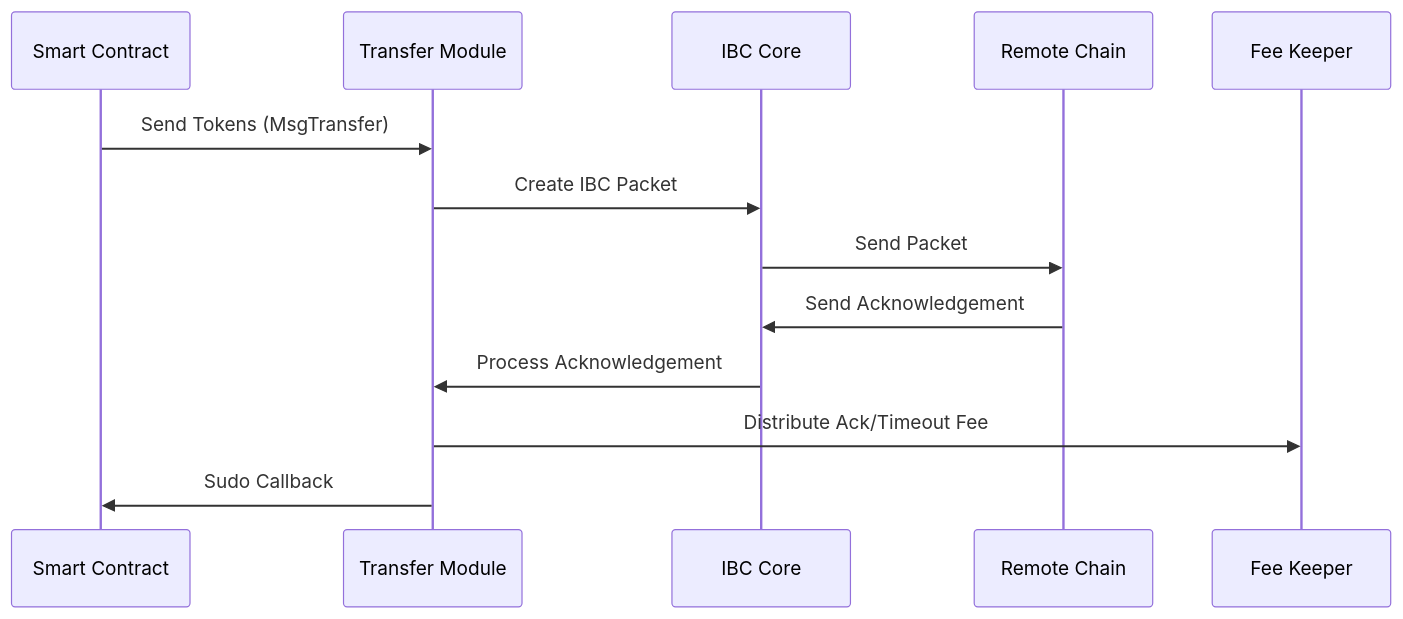
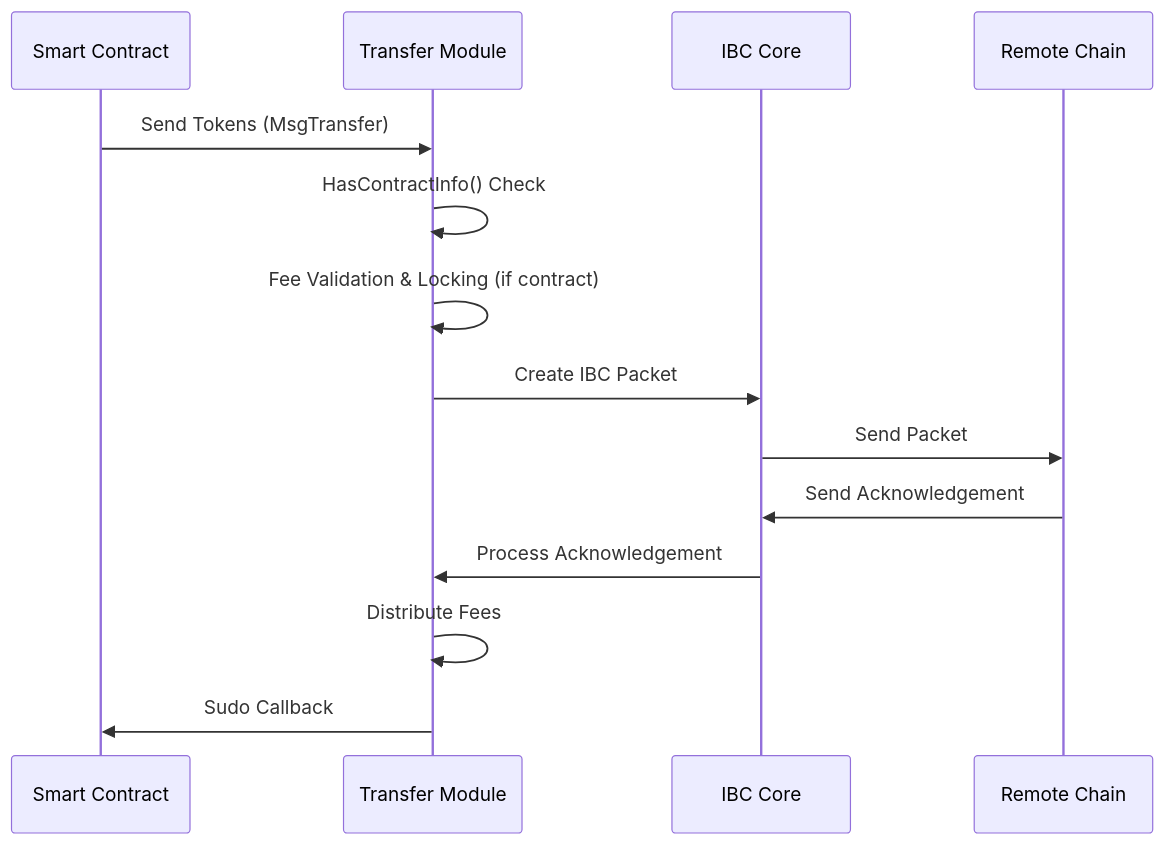
The second of 4 diagrams in developers/modules/transfer/explanation.mdx (neutron-org/neutron-docs), drawn with Mermaid before and after one commit. The commit also changed other lines of this file and 3 other files, not shown here.

````diff
--- a/developers/modules/transfer/explanation.mdx
+++ b/developers/modules/transfer/explanation.mdx
@@ -56,16 +58,17 @@
 ```mermaid
 sequenceDiagram
     participant Contract as Smart Contract
     participant Transfer as Transfer Module
     participant IBC as IBC Core
     participant Remote as Remote Chain
-    participant FeeKeeper as Fee Keeper
     
     Contract->>Transfer: Send Tokens (MsgTransfer)
+    Transfer->>Transfer: HasContractInfo() Check
+    Transfer->>Transfer: Fee Validation & Locking (if contract)
     Transfer->>IBC: Create IBC Packet
     IBC->>Remote: Send Packet
     Remote->>IBC: Send Acknowledgement
     IBC->>Transfer: Process Acknowledgement
-    Transfer->>FeeKeeper: Distribute Ack/Timeout Fee
+    Transfer->>Transfer: Distribute Fees
     Transfer->>Contract: Sudo Callback
 ```
````
